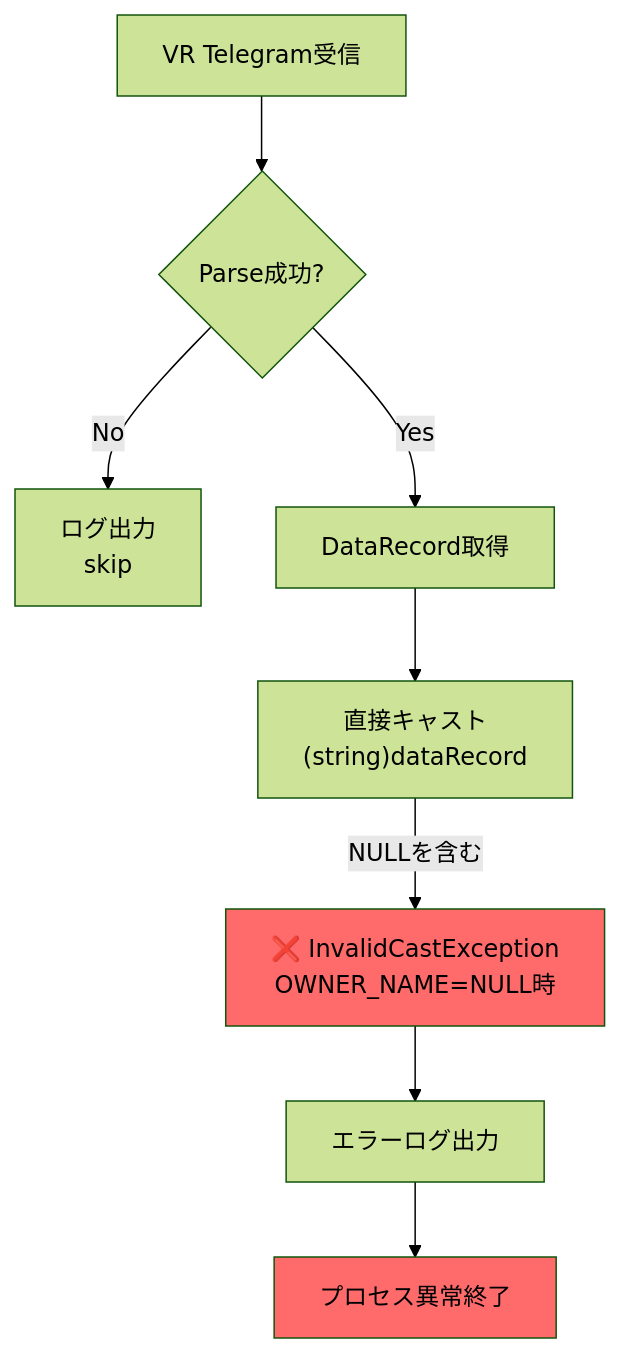
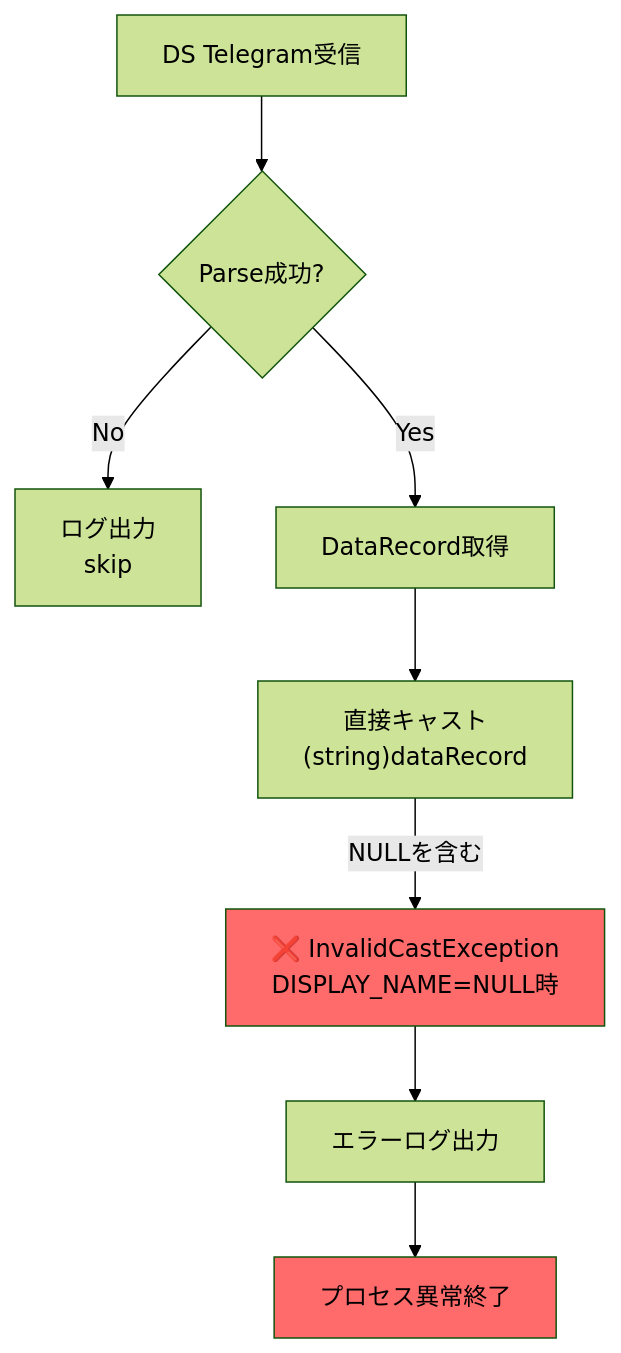
The second of 12 diagrams in skills/shared-references/flowchart-best-practices.md (duwenji/dev-process-skill-library), drawn with Mermaid (forest theme) before and after one commit. The commit also changed other lines of this file and 6 other files, not shown here.

````diff
--- a/skills/shared-references/flowchart-best-practices.md
+++ b/skills/shared-references/flowchart-best-practices.md
@@ -75,22 +75,22 @@
 ```mermaid
 flowchart TD
-    A["VR Telegram受信"]
+    A["DS Telegram受信"]
     B{Parse成功?}
     C["ログ出力<br/>skip"]
     D["DataRecord取得"]
     E["直接キャスト<br/>(string)dataRecord"]
-    F["❌ InvalidCastException<br/>OWNER_NAME=NULL時"]
+    F["❌ InvalidCastException<br/>DISPLAY_NAME=NULL時"]
     G["エラーログ出力"]
     H["プロセス異常終了"]
     
     A --> B
     B -->|No| C
     B -->|Yes| D
     D --> E
     E -->|NULLを含む| F
     F --> G
     G --> H
     
     style F fill:#FF6B6B
     style H fill:#FF6B6B
 ```
````
